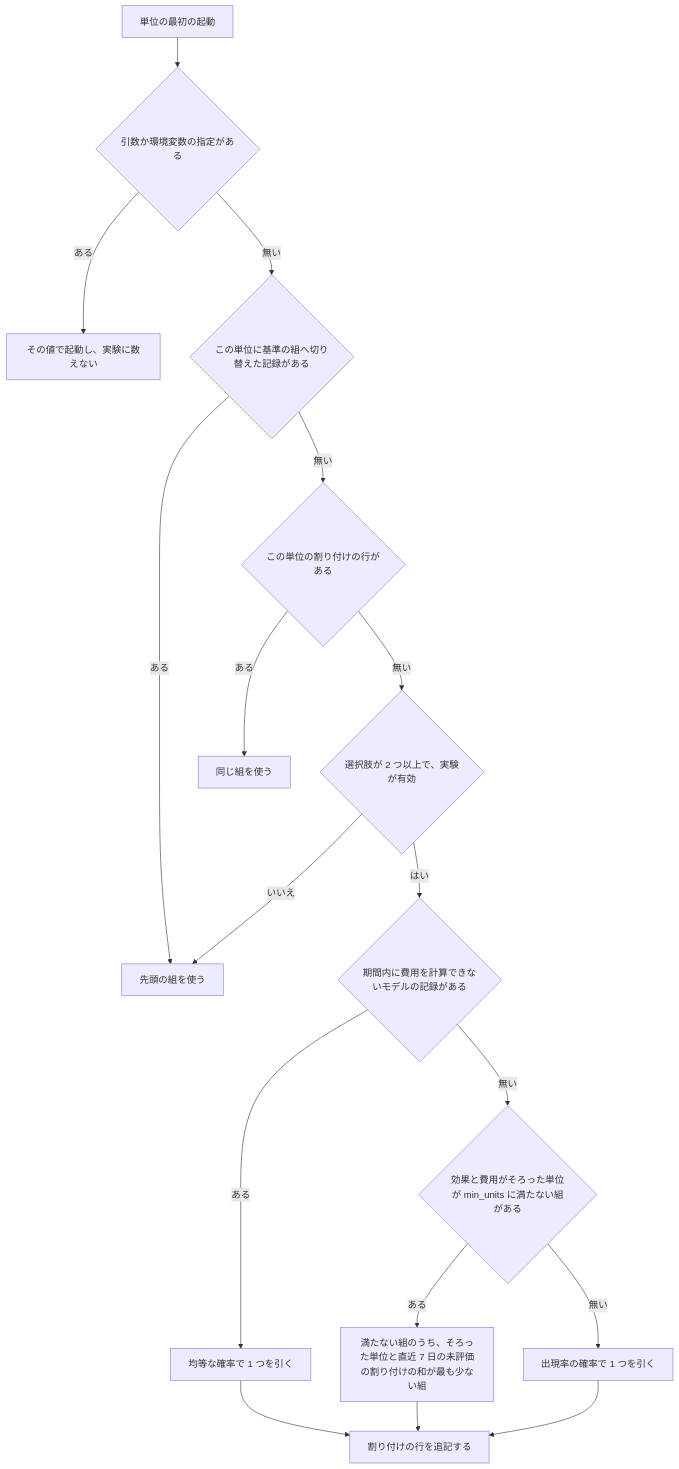
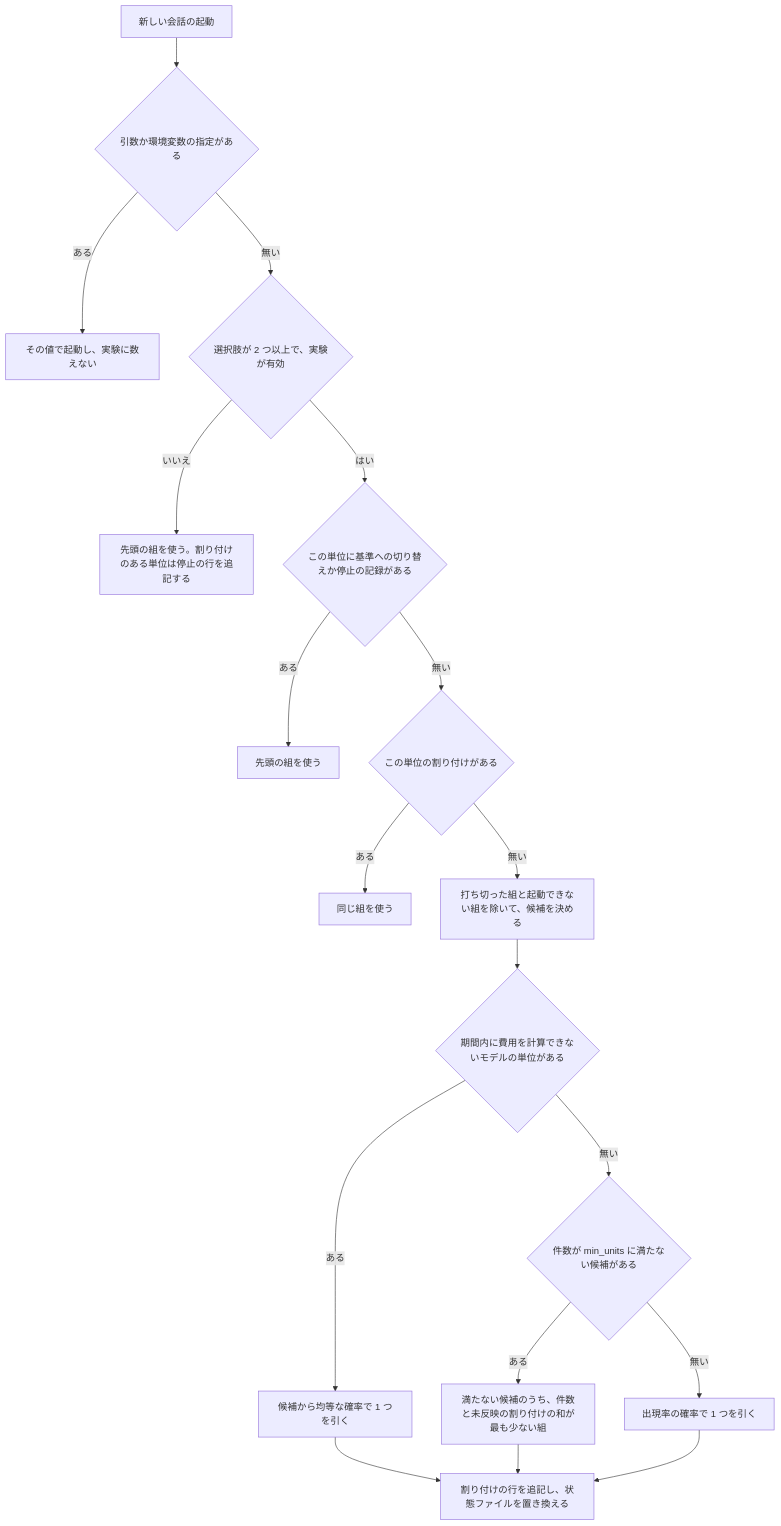
One commit to devbasex/ai-plugins changed the fourth of 5 diagrams in issues/issue-2944-design.md. Above: the diagram before and after it, drawn with Mermaid. The commit also changed other lines of this file and 1 other file, not shown here.

````diff
--- a/issues/issue-2944-design.md
+++ b/issues/issue-2944-design.md
@@ -372,17 +424,18 @@
 ```mermaid
 graph TD
-    A[単位の最初の起動] --> B{引数か環境変数の指定がある}
+    A[新しい会話の起動] --> B{引数か環境変数の指定がある}
     B -- ある --> Z[その値で起動し、実験に数えない]
-    B -- 無い --> W{この単位に基準の組へ切り替えた記録がある}
-    W -- ある --> F
-    W -- 無い --> C{この単位の割り付けの行がある}
+    B -- 無い --> E{選択肢が 2 つ以上で、実験が有効}
+    E -- いいえ --> F[先頭の組を使う。割り付けのある単位は停止の行を追記する]
+    E -- はい --> W{この単位に基準への切り替えか停止の記録がある}
+    W -- ある --> F2[先頭の組を使う]
+    W -- 無い --> C{この単位の割り付けがある}
     C -- ある --> D[同じ組を使う]
-    C -- 無い --> E{選択肢が 2 つ以上で、実験が有効}
-    E -- いいえ --> F[先頭の組を使う]
-    E -- はい --> Y{期間内に費用を計算できないモデルの記録がある}
-    Y -- ある --> V[均等な確率で 1 つを引く]
-    Y -- 無い --> G{効果と費用がそろった単位が min_units に満たない組がある}
-    G -- ある --> H[満たない組のうち、そろった単位と直近 7 日の未評価の割り付けの和が最も少ない組]
+    C -- 無い --> K[打ち切った組と起動できない組を除いて、候補を決める]
+    K --> Y{期間内に費用を計算できないモデルの単位がある}
+    Y -- ある --> V[候補から均等な確率で 1 つを引く]
+    Y -- 無い --> G{件数が min_units に満たない候補がある}
+    G -- ある --> H[満たない候補のうち、件数と未反映の割り付けの和が最も少ない組]
     G -- 無い --> I[出現率の確率で 1 つを引く]
-    V & H & I --> J[割り付けの行を追記する]
+    V & H & I --> J[割り付けの行を追記し、状態ファイルを置き換える]
 ```
````
